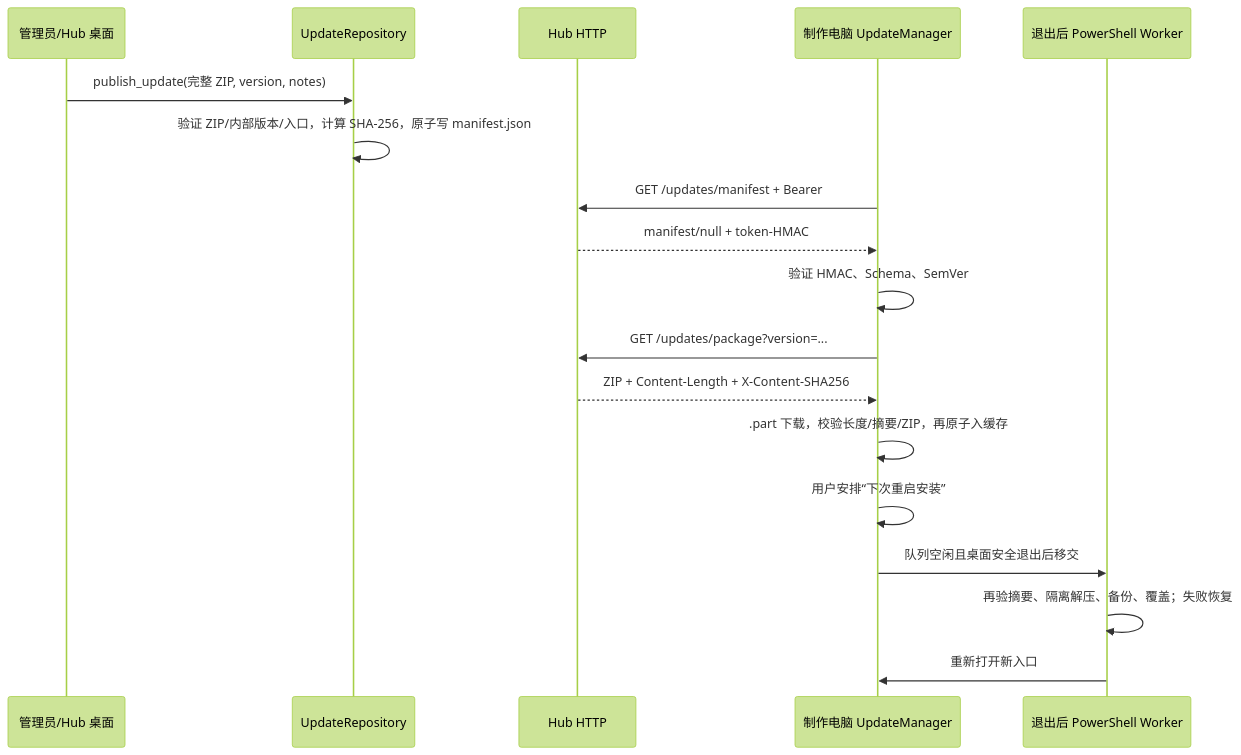
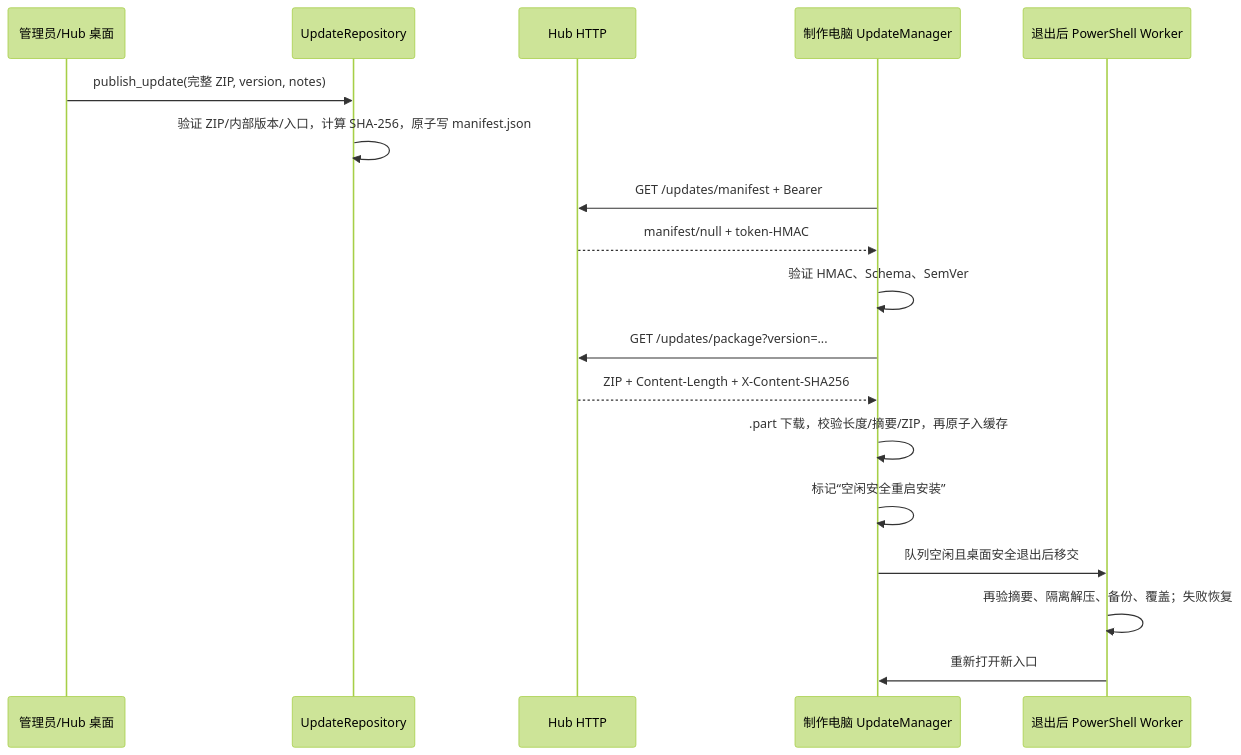
One commit to 31-hub-st/Automated-video-editing-tools changed the fifth of 6 diagrams in docs/STORYFORGE_INTEGRATION_REPORT.md. Above: the diagram before and after it, drawn with Mermaid (forest theme). The commit also changed other lines of this file and 65 other files, not shown here.

````diff
--- a/docs/STORYFORGE_INTEGRATION_REPORT.md
+++ b/docs/STORYFORGE_INTEGRATION_REPORT.md
@@ -1106,20 +1109,20 @@
 ```mermaid
 sequenceDiagram
     participant A as 管理员/Hub 桌面
     participant R as UpdateRepository
     participant H as Hub HTTP
     participant C as 制作电脑 UpdateManager
     participant W as 退出后 PowerShell Worker
     A->>R: publish_update(完整 ZIP, version, notes)
     R->>R: 验证 ZIP/内部版本/入口，计算 SHA-256，原子写 manifest.json
     C->>H: GET /updates/manifest + Bearer
     H-->>C: manifest/null + token-HMAC
     C->>C: 验证 HMAC、Schema、SemVer
     C->>H: GET /updates/package?version=...
     H-->>C: ZIP + Content-Length + X-Content-SHA256
     C->>C: .part 下载，校验长度/摘要/ZIP，再原子入缓存
-    C->>C: 用户安排“下次重启安装”
+    C->>C: 标记“空闲安全重启安装”
     C->>W: 队列空闲且桌面安全退出后移交
     W->>W: 再验摘要、隔离解压、备份、覆盖；失败恢复
     W->>C: 重新打开新入口
 ```
````
